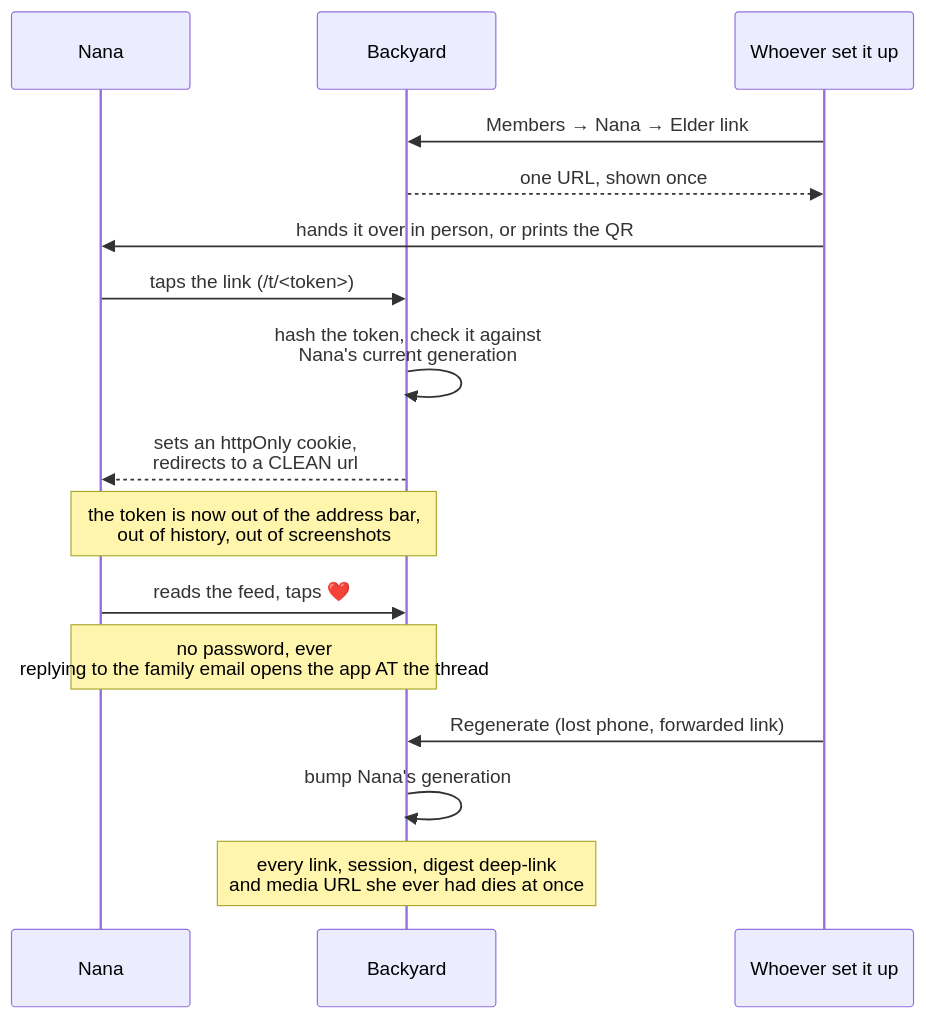
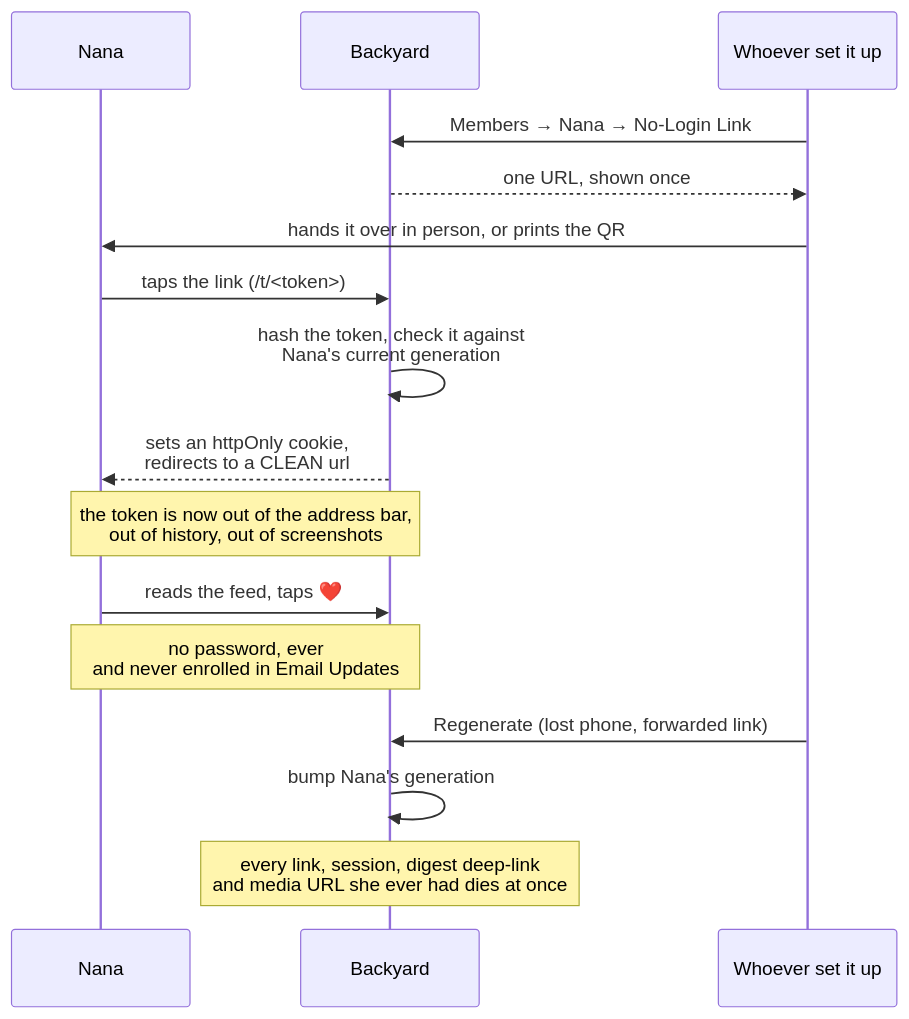
Before and after one commit to AIJSAI/backyard: the second of 4 diagrams in docs/README.md, drawn with Mermaid. The commit also changed other lines of this file and 231 other files, not shown here.

````diff
--- a/docs/README.md
+++ b/docs/README.md
@@ -56,22 +56,22 @@
 ```mermaid
 sequenceDiagram
     participant N as Nana
     participant A as Backyard
     participant Admin as Whoever set it up
 
-    Admin->>A: Members → Nana → Elder link
+    Admin->>A: Members → Nana → No-Login Link
     A-->>Admin: one URL, shown once
     Admin->>N: hands it over in person, or prints the QR
 
     N->>A: taps the link (/t/<token>)
     A->>A: hash the token, check it against<br/>Nana's current generation
     A-->>N: sets an httpOnly cookie,<br/>redirects to a CLEAN url
     Note over N,A: the token is now out of the address bar,<br/>out of history, out of screenshots
 
     N->>A: reads the feed, taps ❤️
-    Note over N,A: no password, ever<br/>replying to the family email opens the app AT the thread
+    Note over N,A: no password, ever<br/>and never enrolled in Email Updates
 
     Admin->>A: Regenerate (lost phone, forwarded link)
     A->>A: bump Nana's generation
     Note over A: every link, session, digest deep-link<br/>and media URL she ever had dies at once
 ```
````
